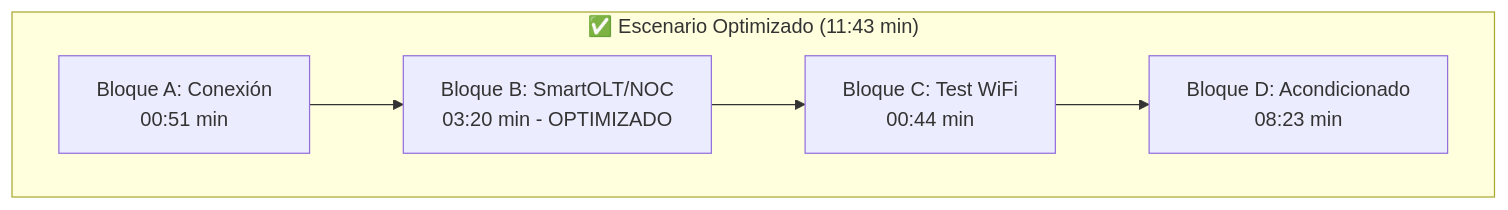
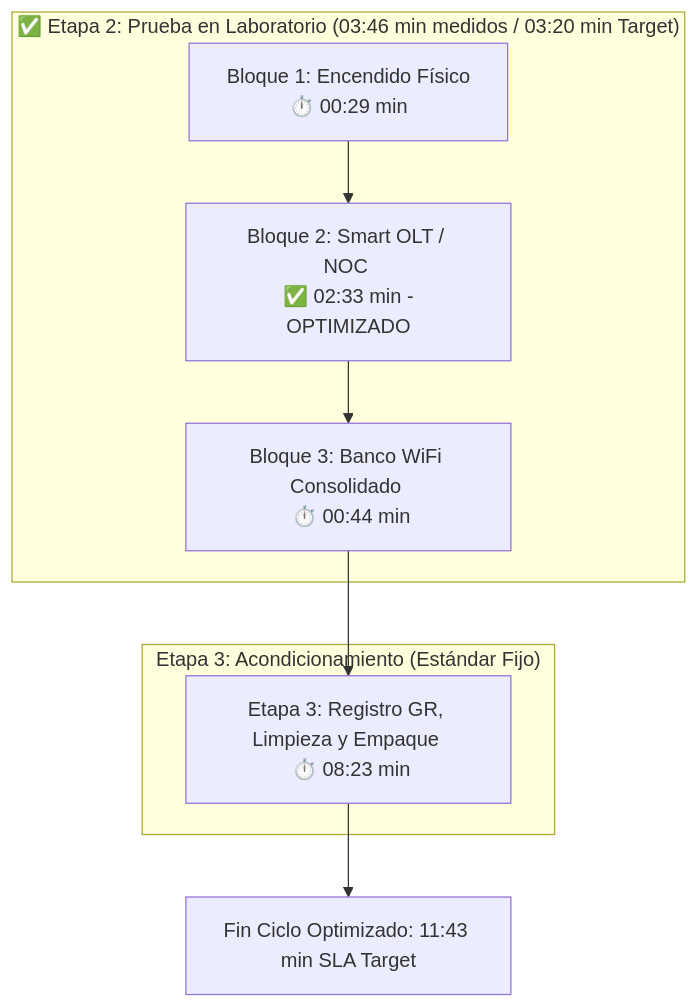
One commit to elingenierok/procedimientos-isp changed the second of 2 diagrams in docs/diagnosticos/DG-EQU-001.md. Above: the diagram before and after it, drawn with Mermaid. The commit also changed other lines of this file, not shown here.

````diff
--- a/docs/diagnosticos/DG-EQU-001.md
+++ b/docs/diagnosticos/DG-EQU-001.md
@@ -52,8 +73,13 @@
 ```mermaid
 graph TD
-    subgraph DESPUES ["✅ Escenario Optimizado (11:43 min)"]
-        B1[Bloque A: Conexión <br/> 00:51 min] --> B2[Bloque B: SmartOLT/NOC <br/> 03:20 min - OPTIMIZADO]
-        B2 --> B3[Bloque C: Test WiFi <br/> 00:44 min]
-        B3 --> B4[Bloque D: Acondicionado <br/> 08:23 min]
+    subgraph ETAPA_2 ["✅ Etapa 2: Prueba en Laboratorio (03:46 min medidos / 03:20 min Target)"]
+        B1[Bloque 1: Encendido Físico <br/> ⏱️ 00:29 min] --> B2[Bloque 2: Smart OLT / NOC <br/> ✅ 02:33 min - OPTIMIZADO]
+        B2 --> B3[Bloque 3: Banco WiFi Consolidado <br/> ⏱️ 00:44 min]
     end
+
+    subgraph ETAPA_3 ["Etapa 3: Acondicionamiento (Estándar Fijo)"]
+        B3 --> B4[Etapa 3: Registro GR, Limpieza y Empaque <br/> ⏱️ 08:23 min]
+    end
+
+    B4 --> B5[Fin Ciclo Optimizado: 11:43 min SLA Target]
 ```
````
